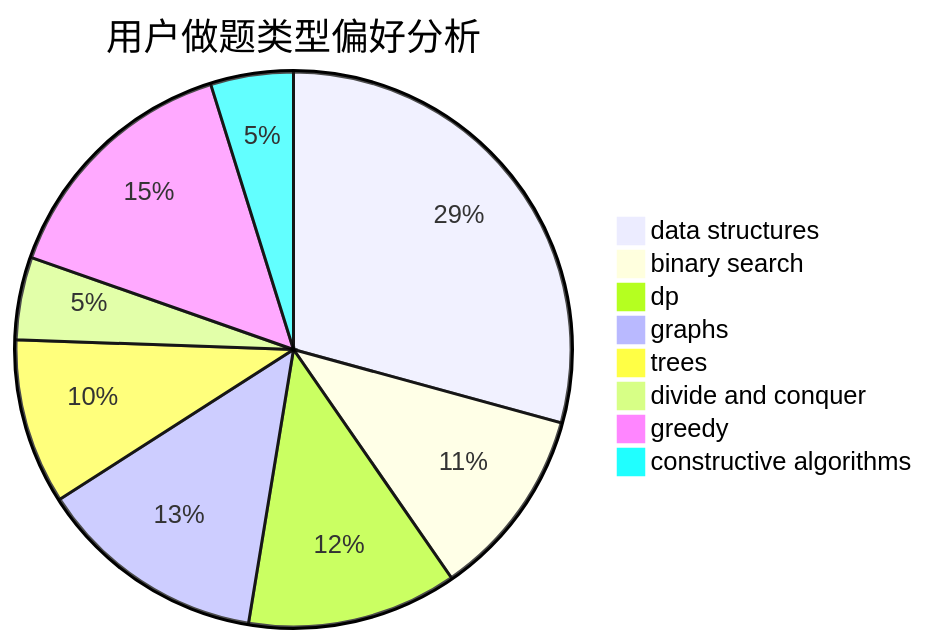
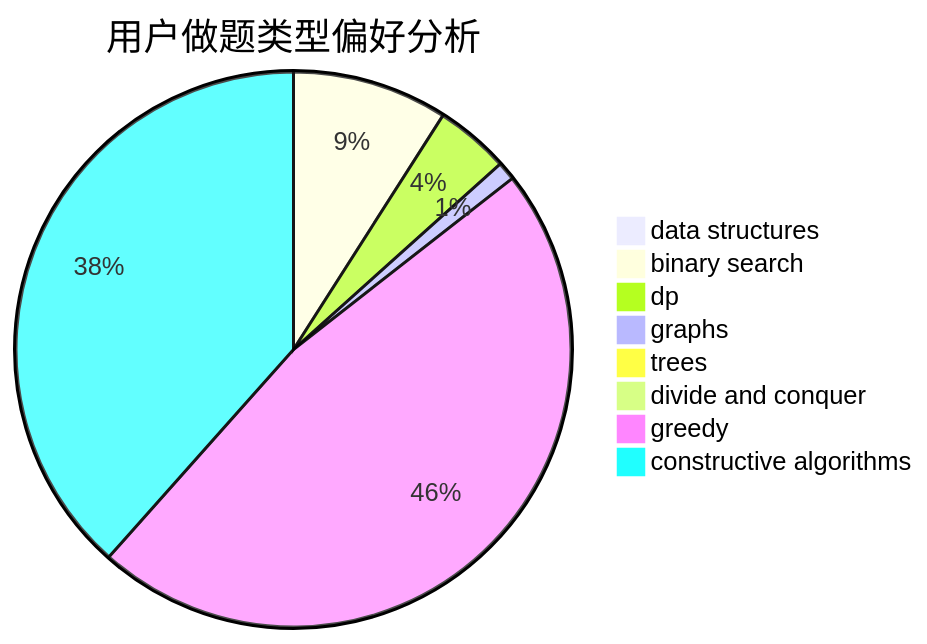
One commit to sherpahu/cfrs.github.io changed the second of 3 diagrams in docs/user/u1754.md. Above: the diagram before and after it, drawn with Mermaid. The commit also changed other lines of this file and 2770 other files, not shown here.

````diff
--- a/docs/user/u1754.md
+++ b/docs/user/u1754.md
@@ -23,11 +23,11 @@
 ```mermaid
 pie title 用户做题类型偏好分析
-    "data structures" :  79
-    "binary search" :  30
-    "dp" :  33
-    "graphs" :  36
-    "trees" :  26
-    "divide and conquer" :  13
-    "greedy" :  40
-    "constructive algorithms" :  13
+    "data structures" :  11
+    "binary search" :  109
+    "dp" :  52
+    "graphs" :  13
+    "trees" :  7
+    "divide and conquer" :  0
+    "greedy" :  568
+    "constructive algorithms" :  463
 ```
````
